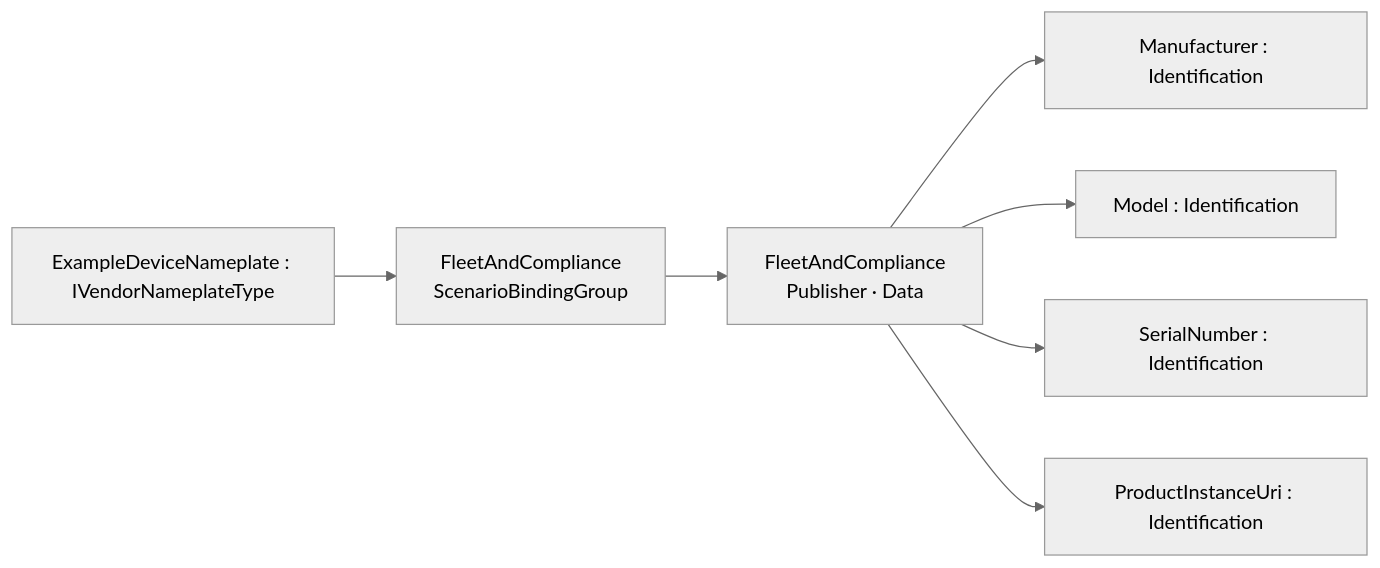
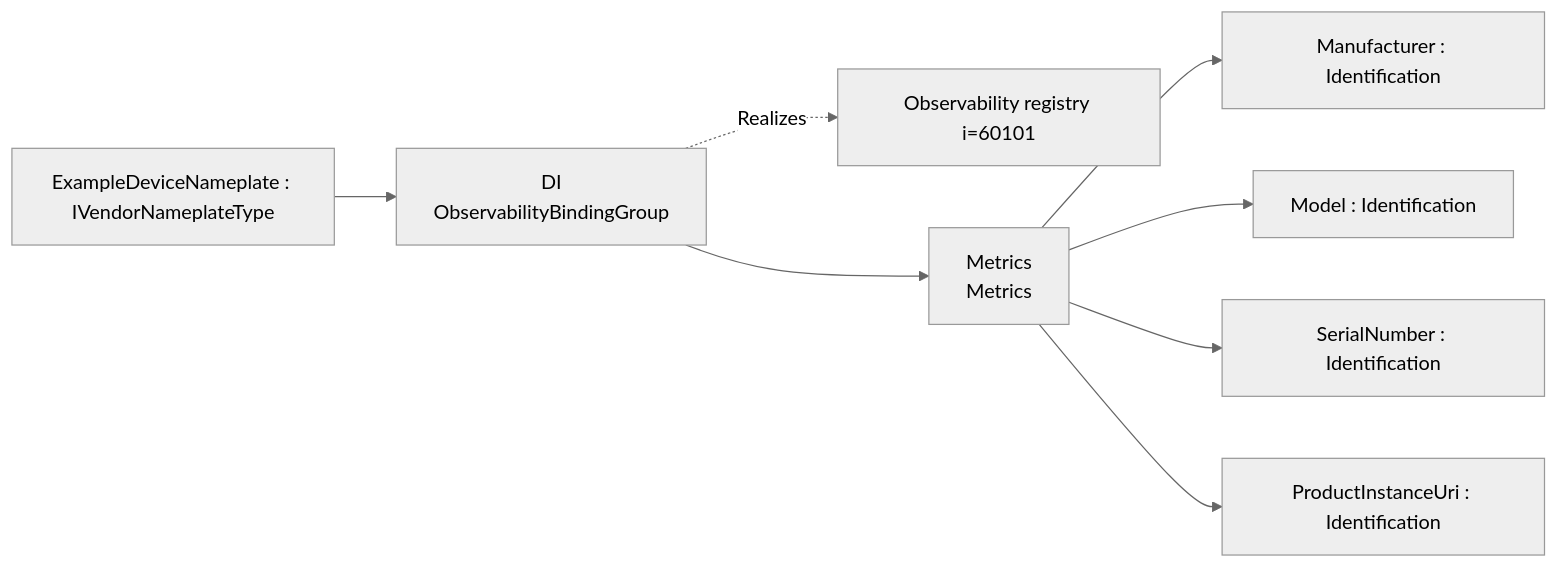
Before and after one commit to marcschier/opcua-drafts: the first of 2 diagrams in core-specs/observability-export/di/OPC-UA-DI-Observability-Export-Addendum.md, drawn with Mermaid (neutral theme). The commit also changed other lines of this file and 22 other files, not shown here.

````diff
--- a/core-specs/observability-export/di/OPC-UA-DI-Observability-Export-Addendum.md
+++ b/core-specs/observability-export/di/OPC-UA-DI-Observability-Export-Addendum.md
@@ -48,10 +45,11 @@
 ```mermaid
 graph LR
   ROOT["ExampleDeviceNameplate : IVendorNameplateType"]
-  ROOT --> G0["FleetAndCompliance<br/>ScenarioBindingGroup"]
-  G0 --> S0["FleetAndCompliance<br/>Publisher · Data"]
+  ROOT --> G["DI<br/>ObservabilityBindingGroup"]
+  G -.Realizes.-> O["Observability registry i=60101"]
+  G --> S0["Metrics<br/>Metrics"]
   S0 --> S0_0["Manufacturer : Identification"]
   S0 --> S0_1["Model : Identification"]
   S0 --> S0_2["SerialNumber : Identification"]
   S0 --> S0_3["ProductInstanceUri : Identification"]
 ```
````
